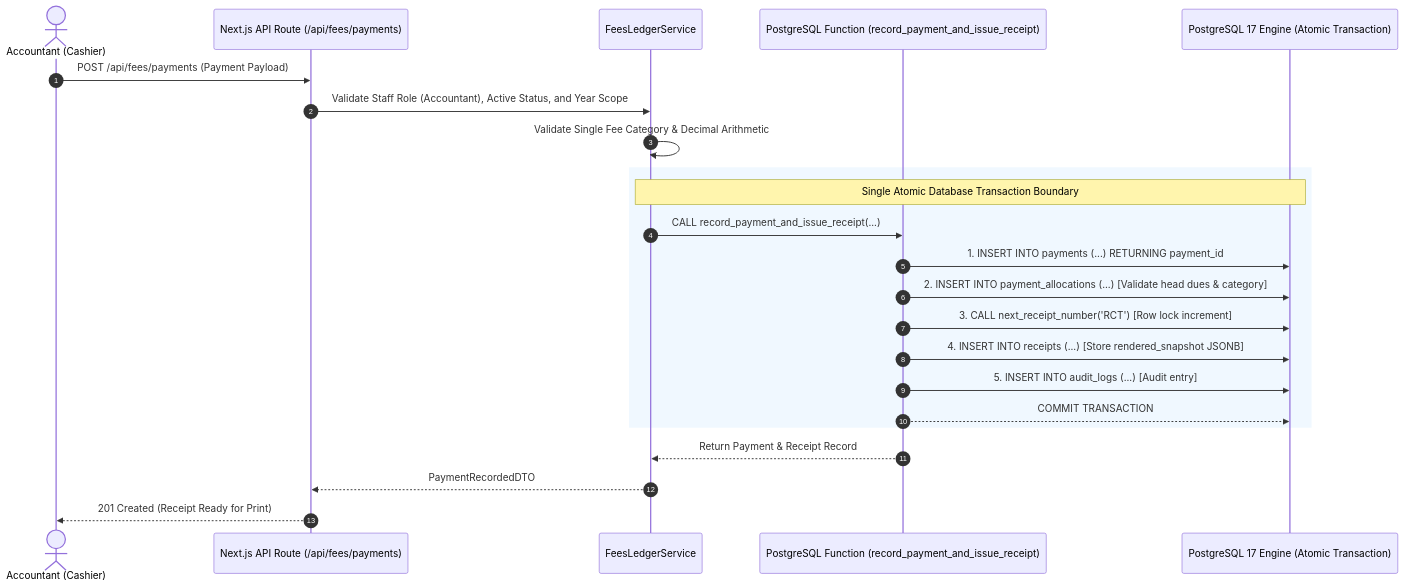
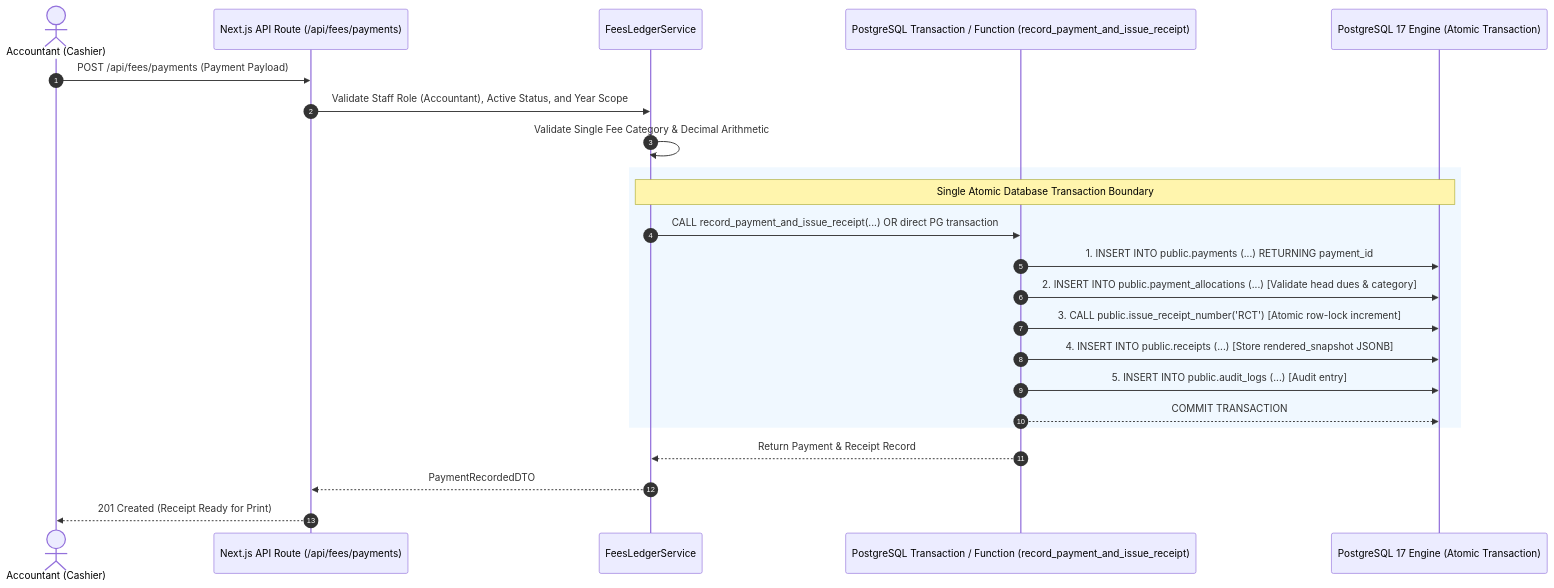
One commit to Intallo/Admission-Fee-Management-Portal changed the second of 2 diagrams in docs/adr/ADR-001-modular-monolith.md. Above: the diagram before and after it, drawn with Mermaid. The commit also changed other lines of this file, not shown here.

Commit message:
docs(adr): update ADR-001 with Supabase API Key Policy and Atomic Financial Operations

````diff
--- a/docs/adr/ADR-001-modular-monolith.md
+++ b/docs/adr/ADR-001-modular-monolith.md
@@ -135,28 +143,28 @@
 ```mermaid
 sequenceDiagram
     autonumber
     actor Cashier as Accountant (Cashier)
     participant API as Next.js API Route (/api/fees/payments)
     participant Service as FeesLedgerService
-    participant RPC as PostgreSQL Function (record_payment_and_issue_receipt)
+    participant RPC as PostgreSQL Transaction / Function (record_payment_and_issue_receipt)
     participant DB as PostgreSQL 17 Engine (Atomic Transaction)
     
     Cashier->>API: POST /api/fees/payments (Payment Payload)
     API->>Service: Validate Staff Role (Accountant), Active Status, and Year Scope
     Service->>Service: Validate Single Fee Category & Decimal Arithmetic
     
     rect rgb(240, 248, 255)
         note over Service,DB: Single Atomic Database Transaction Boundary
-        Service->>RPC: CALL record_payment_and_issue_receipt(...)
-        RPC->>DB: 1. INSERT INTO payments (...) RETURNING payment_id
-        RPC->>DB: 2. INSERT INTO payment_allocations (...) [Validate head dues & category]
-        RPC->>DB: 3. CALL next_receipt_number('RCT') [Row lock increment]
-        RPC->>DB: 4. INSERT INTO receipts (...) [Store rendered_snapshot JSONB]
-        RPC->>DB: 5. INSERT INTO audit_logs (...) [Audit entry]
+        Service->>RPC: CALL record_payment_and_issue_receipt(...) OR direct PG transaction
+        RPC->>DB: 1. INSERT INTO public.payments (...) RETURNING payment_id
+        RPC->>DB: 2. INSERT INTO public.payment_allocations (...) [Validate head dues & category]
+        RPC->>DB: 3. CALL public.issue_receipt_number('RCT') [Atomic row-lock increment]
+        RPC->>DB: 4. INSERT INTO public.receipts (...) [Store rendered_snapshot JSONB]
+        RPC->>DB: 5. INSERT INTO public.audit_logs (...) [Audit entry]
         RPC-->>DB: COMMIT TRANSACTION
     end
     
     RPC-->>Service: Return Payment & Receipt Record
     Service-->>API: PaymentRecordedDTO
     API-->>Cashier: 201 Created (Receipt Ready for Print)
 ```
````
